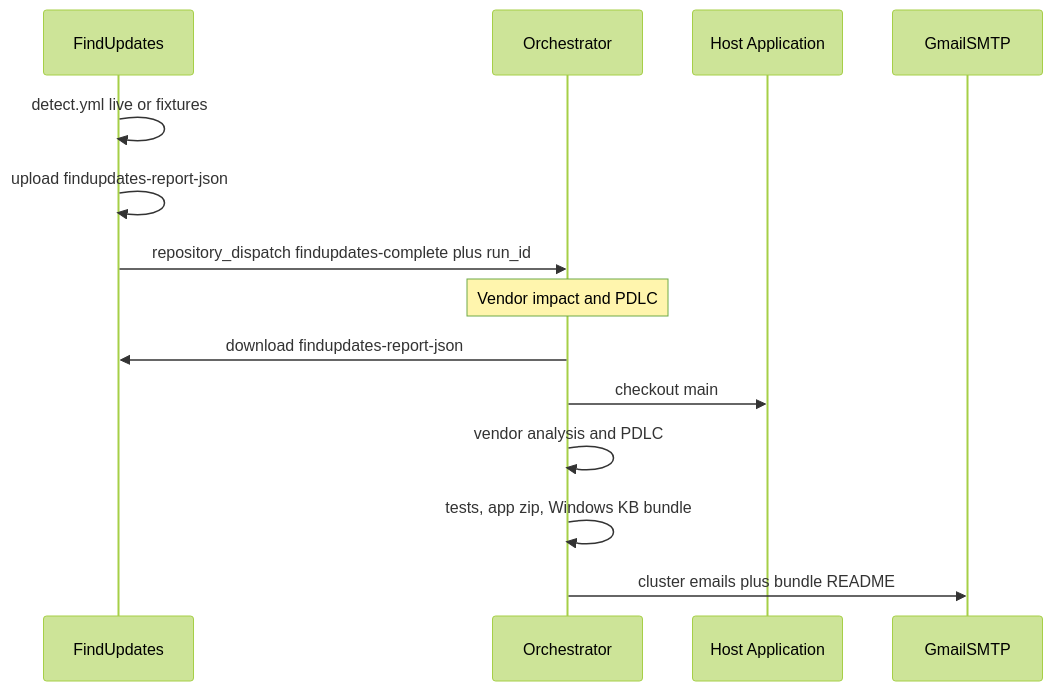
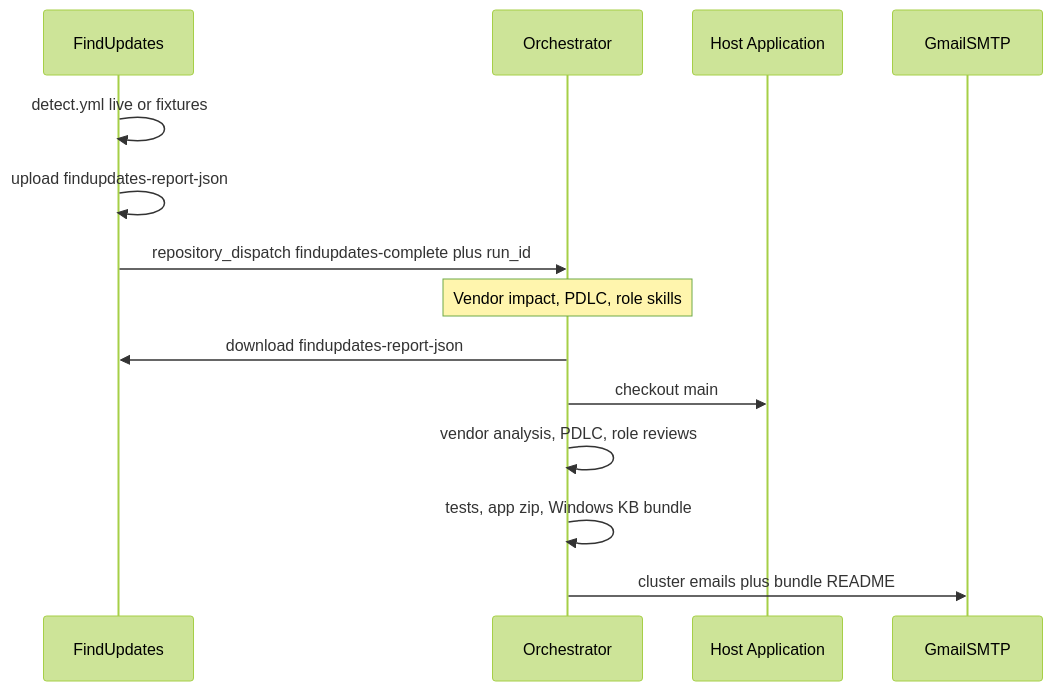
The diagram in README.md (defrances/Orchestrator), drawn with Mermaid (forest theme) before and after one commit. The commit also changed other lines of this file and 14 other files, not shown here.

Commit message:
Add architect, test, cybersec, product-safety, and SQA role skills after vendor-impact and PDLC.

````diff
--- a/README.md
+++ b/README.md
@@ -18,16 +18,16 @@
 ```mermaid
 sequenceDiagram
   participant FU as FindUpdates
   participant Orch as Orchestrator
   participant HA as Host Application
   participant Mail as GmailSMTP
   FU->>FU: detect.yml live or fixtures
   FU->>FU: upload findupdates-report-json
   FU->>Orch: repository_dispatch findupdates-complete plus run_id
-  Note over Orch: Vendor impact and PDLC
+  Note over Orch: Vendor impact, PDLC, role skills
   Orch->>FU: download findupdates-report-json
   Orch->>HA: checkout main
-  Orch->>Orch: vendor analysis and PDLC
+  Orch->>Orch: vendor analysis, PDLC, role reviews
   Orch->>Orch: tests, app zip, Windows KB bundle
   Orch->>Mail: cluster emails plus bundle README
 ```
````
